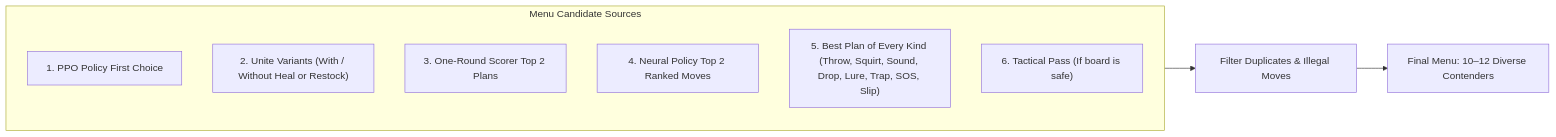
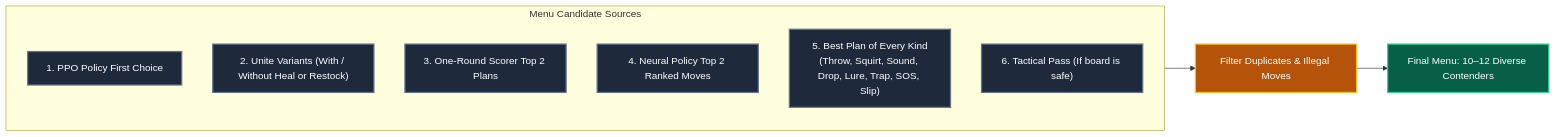
Before and after one commit to Angle-Brackets/TTRSolver: the second of 5 diagrams in docs/playout.md, drawn with Mermaid. The commit also changed other lines of this file and 9 other files, not shown here.

Commit message:
docs: color-code all Mermaid diagrams with distinct visual themes

````diff
--- a/docs/playout.md
+++ b/docs/playout.md
@@ -84,14 +84,22 @@
 ```mermaid
 flowchart LR
+    classDef sourceNode fill:#1e293b,stroke:#64748b,stroke-width:2px,color:#ffffff
+    classDef filterNode fill:#b45309,stroke:#fbbf24,stroke-width:2px,color:#ffffff
+    classDef menuNode fill:#065f46,stroke:#34d399,stroke-width:2px,color:#ffffff
+
     subgraph Sources["Menu Candidate Sources"]
         PPO["1. PPO Policy First Choice"]
         UniteVar["2. Unite Variants (With / Without Heal or Restock)"]
         ScorerTop["3. One-Round Scorer Top 2 Plans"]
         PolicyTop["4. Neural Policy Top 2 Ranked Moves"]
-        Diversity["5. Best Plan of Every Kind (Throw, Squirt, Sound, Drop, Lure, Trap, SOS, Slip)"]
+        Diversity["5. Best Plan of Every Kind<br/>(Throw, Squirt, Sound, Drop, Lure, Trap, SOS, Slip)"]
         PassM["6. Tactical Pass (If board is safe)"]
     end
 
     Sources --> Dedupe["Filter Duplicates & Illegal Moves"]
     Dedupe --> Menu["Final Menu: 10–12 Diverse Contenders"]
+
+    class PPO,UniteVar,ScorerTop,PolicyTop,Diversity,PassM sourceNode
+    class Dedupe filterNode
+    class Menu menuNode
 ```
````
